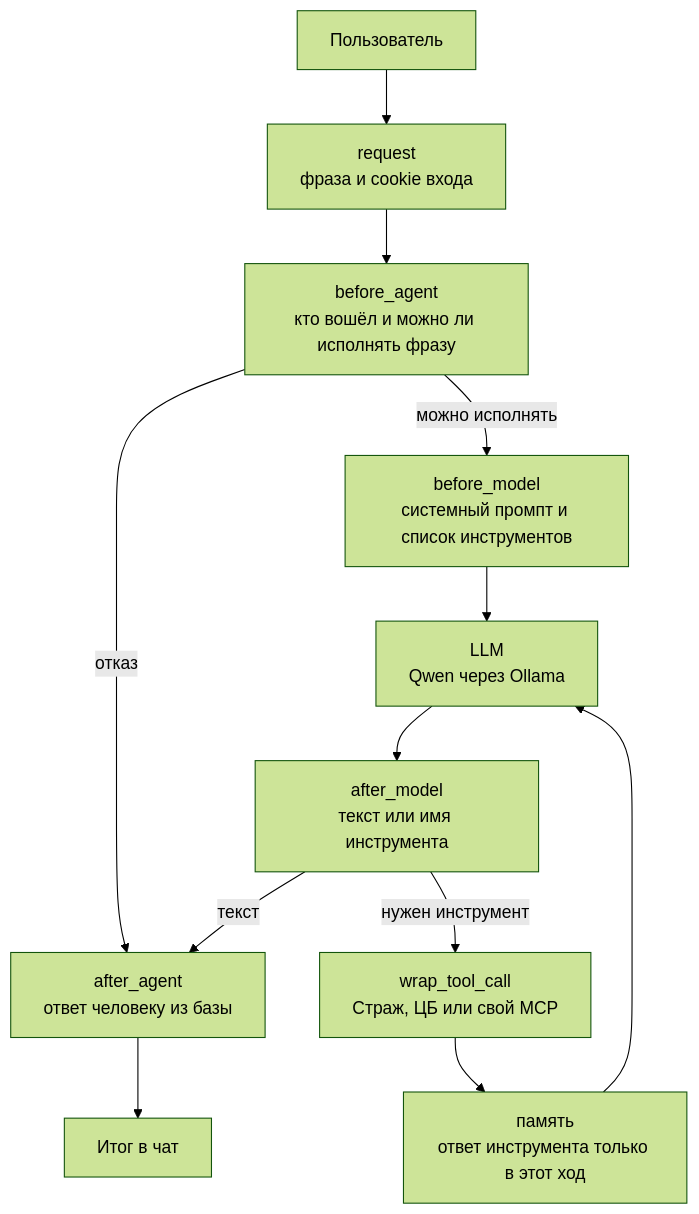
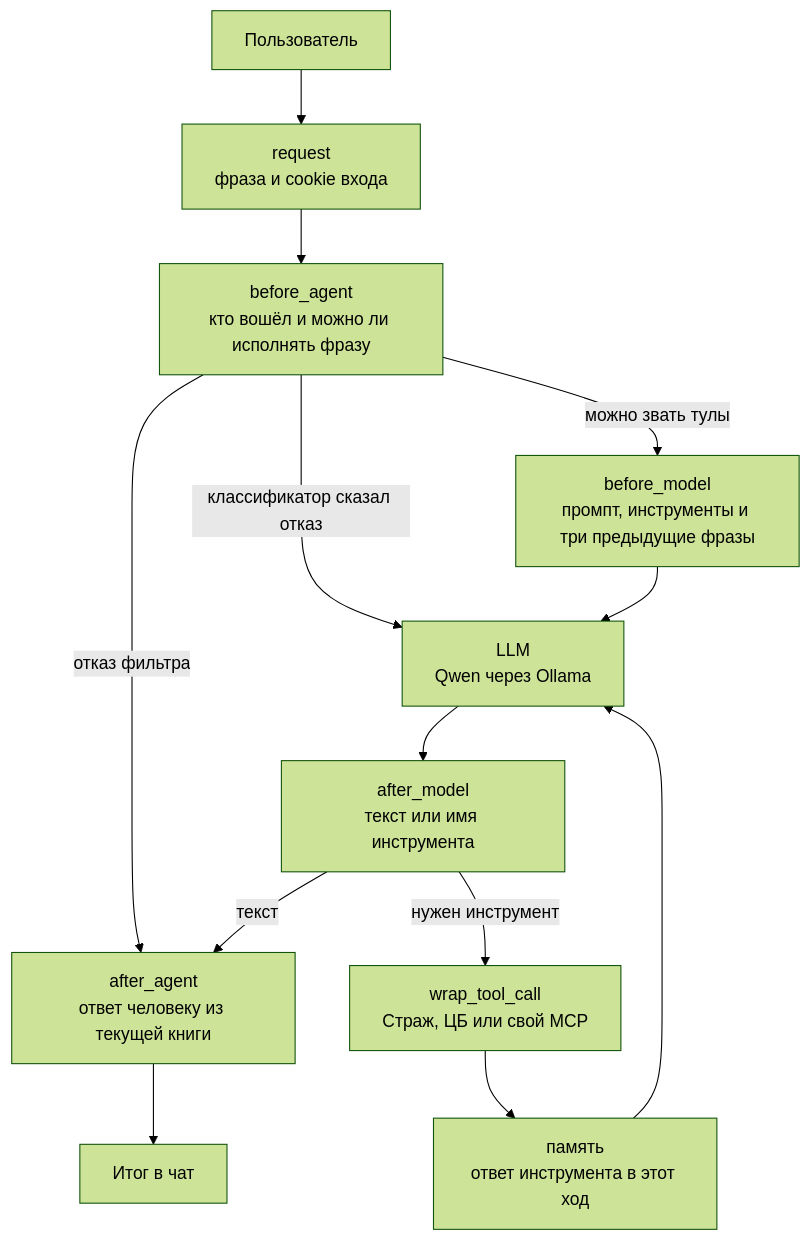
Before and after one commit to truchekaterina/mlsecops_agent: the eighth of 10 diagrams in docs/АРХИТЕКТУРА_КОНВЕЙЕРА.md, drawn with Mermaid (forest theme). The commit also changed other lines of this file and 30 other files, not shown here.

````diff
--- a/docs/АРХИТЕКТУРА_КОНВЕЙЕРА.md
+++ b/docs/АРХИТЕКТУРА_КОНВЕЙЕРА.md
@@ -257,21 +249,22 @@
 ```mermaid
 flowchart TD
     user[Пользователь]
     req[request<br/>фраза и cookie входа]
     beforeA[before_agent<br/>кто вошёл и можно ли исполнять фразу]
-    beforeM[before_model<br/>системный промпт и список инструментов]
+    beforeM[before_model<br/>промпт, инструменты и три предыдущие фразы]
     llm[LLM<br/>Qwen через Ollama]
     afterM[after_model<br/>текст или имя инструмента]
     wrap[wrap_tool_call<br/>Страж, ЦБ или свой MCP]
-    mem[память<br/>ответ инструмента только в этот ход]
-    afterA[after_agent<br/>ответ человеку из базы]
+    mem[память<br/>ответ инструмента в этот ход]
+    afterA[after_agent<br/>ответ человеку из текущей книги]
     out[Итог в чат]
 
     user --> req --> beforeA
-    beforeA -->|отказ| afterA
-    beforeA -->|можно исполнять| beforeM
+    beforeA -->|отказ фильтра| afterA
+    beforeA -->|классификатор сказал отказ| llm
+    beforeA -->|можно звать тулы| beforeM
     beforeM --> llm --> afterM
     afterM -->|текст| afterA
     afterM -->|нужен инструмент| wrap --> mem --> llm
     afterA --> out
 ```
````
